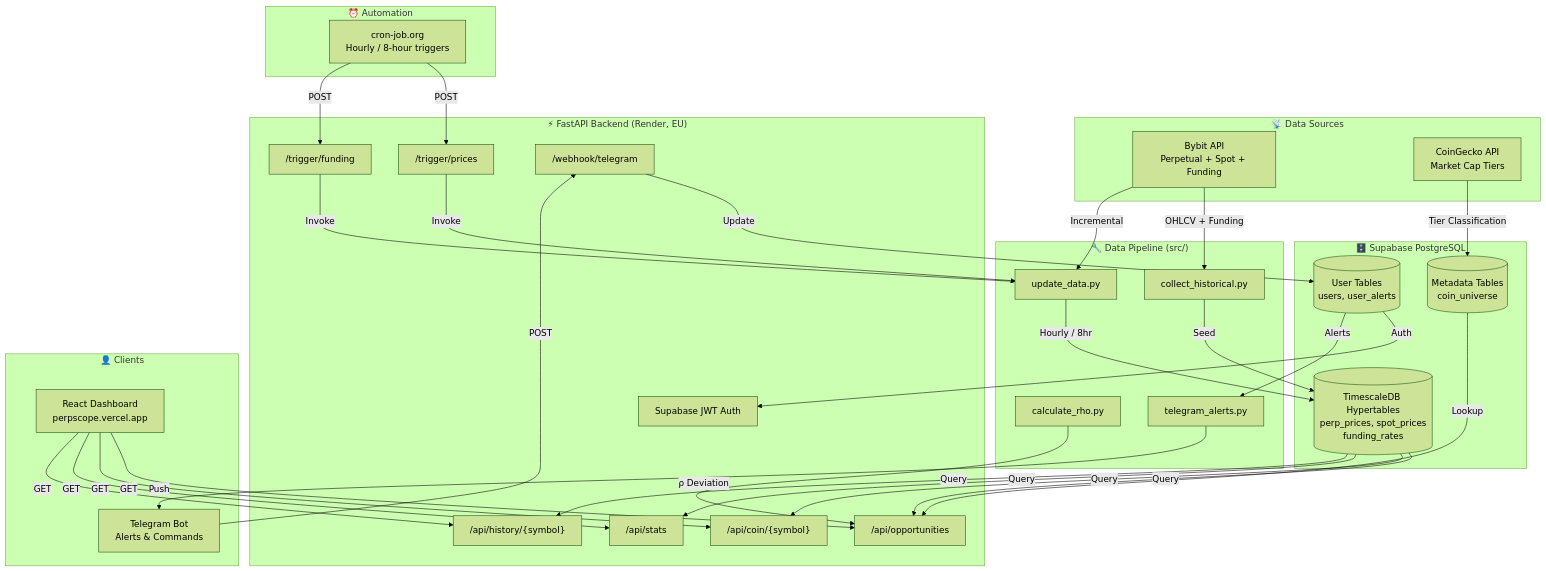
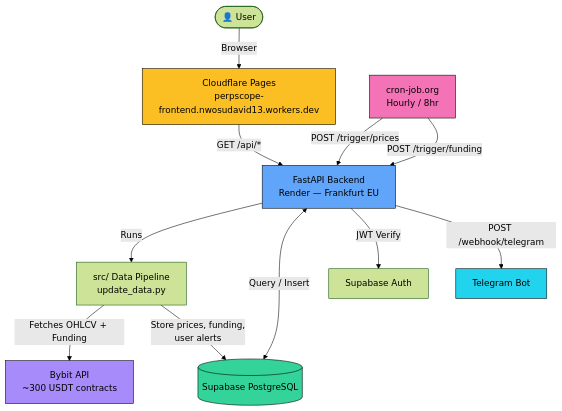
One commit to Pointbr8ker-123/PerpScope changed the diagram in README.md. Above: the diagram before and after it, drawn with Mermaid (forest theme).

````diff
--- a/README.md
+++ b/README.md
@@ -62,68 +62,24 @@
 ```mermaid
-flowchart TB
-    subgraph Sources["📡 Data Sources"]
-        B[Bybit API<br/>Perpetual + Spot + Funding]
-        C[CoinGecko API<br/>Market Cap Tiers]
-    end
+flowchart TD
+    U([👤 User]) -->|Browser| FE[Cloudflare Pages<br/>perpscope-frontend.nwosudavid13.workers.dev]
+    FE -->|GET /api/*| BE[FastAPI Backend<br/>Render — Frankfurt EU]
 
-    subgraph Automation["⏰ Automation"]
-        CRON[cron-job.org<br/>Hourly / 8-hour triggers]
-    end
+    CR[cron-job.org<br/>Hourly / 8hr] -->|POST /trigger/prices| BE
+    CR -->|POST /trigger/funding| BE
 
-    subgraph Backend["⚡ FastAPI Backend (Render, EU)"]
-        T1["/trigger/prices"]
-        T2["/trigger/funding"]
-        E1["/api/opportunities"]
-        E2["/api/coin/{symbol}"]
-        E3["/api/stats"]
-        E4["/api/history/{symbol}"]
-        E5["/webhook/telegram"]
-        AUTH["Supabase JWT Auth"]
-    end
+    BE -->|Runs| DP[src/ Data Pipeline<br/>update_data.py]
+    DP -->|Fetches OHLCV + Funding| BY[Bybit API<br/>~300 USDT contracts]
 
-    subgraph Pipeline["🔧 Data Pipeline (src/)"]
-        HIST[collect_historical.py]
-        INC[update_data.py]
-        RHO[calculate_rho.py]
-        ALERT[telegram_alerts.py]
-    end
+    BE <-->|Query / Insert| DB[(Supabase PostgreSQL)]
+    DP -->|Store prices, funding,<br/>user alerts| DB
 
-    subgraph Database["🗄️ Supabase PostgreSQL"]
-        TS[(TimescaleDB Hypertables<br/>perp_prices, spot_prices<br/>funding_rates)]
-        META[(Metadata Tables<br/>coin_universe)]
-        USER[(User Tables<br/>users, user_alerts)]
-    end
+    BE -->|JWT Verify| AUTH[Supabase Auth]
+    BE -->|POST /webhook/telegram| TG[Telegram Bot]
 
-    subgraph Clients["👤 Clients"]
-        FE[React Dashboard<br/>perpscope.vercel.app]
-        TG[Telegram Bot<br/>Alerts & Commands]
-    end
-
-    B -->|OHLCV + Funding| HIST
-    B -->|Incremental| INC
-    C -->|Tier Classification| META
-    HIST -->|Seed| TS
-    INC -->|Hourly / 8hr| TS
-    RHO -->|ρ Deviation| E1
-    ALERT -->|Push| TG
-
-    CRON -->|POST| T1
-    CRON -->|POST| T2
-    T1 -->|Invoke| INC
-    T2 -->|Invoke| INC
-
-    TS -->|Query| E1
-    TS -->|Query| E2
-    TS -->|Query| E3
-    TS -->|Query| E4
-    META -->|Lookup| E1
-    USER -->|Auth| AUTH
-    USER -->|Alerts| ALERT
-
-    FE -->|GET| E1
-    FE -->|GET| E2
-    FE -->|GET| E3
-    FE -->|GET| E4
-    TG -->|POST| E5
-    E5 -->|Update| USER
+    style FE fill:#fbbf24,stroke:#000
+    style BE fill:#60a5fa,stroke:#000
+    style DB fill:#34d399,stroke:#000
+    style BY fill:#a78bfa,stroke:#000
+    style CR fill:#f472b6,stroke:#000
+    style TG fill:#22d3ee,stroke:#000
 ```
````
